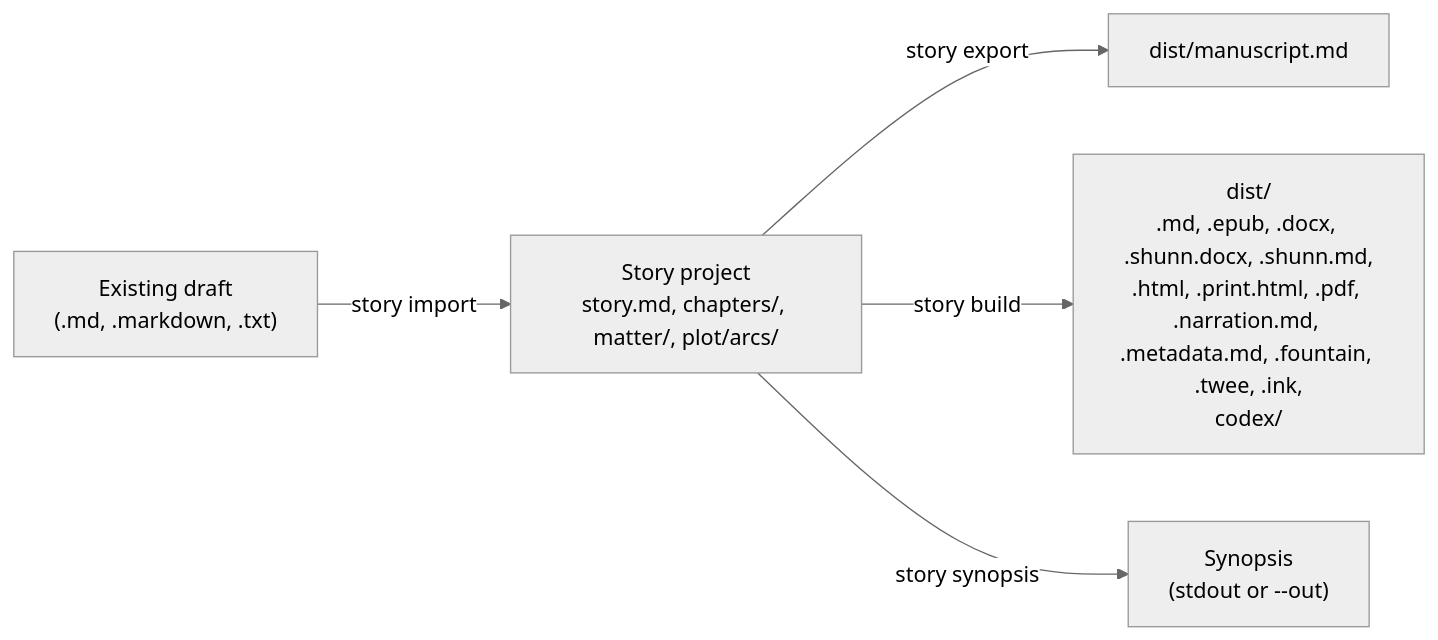
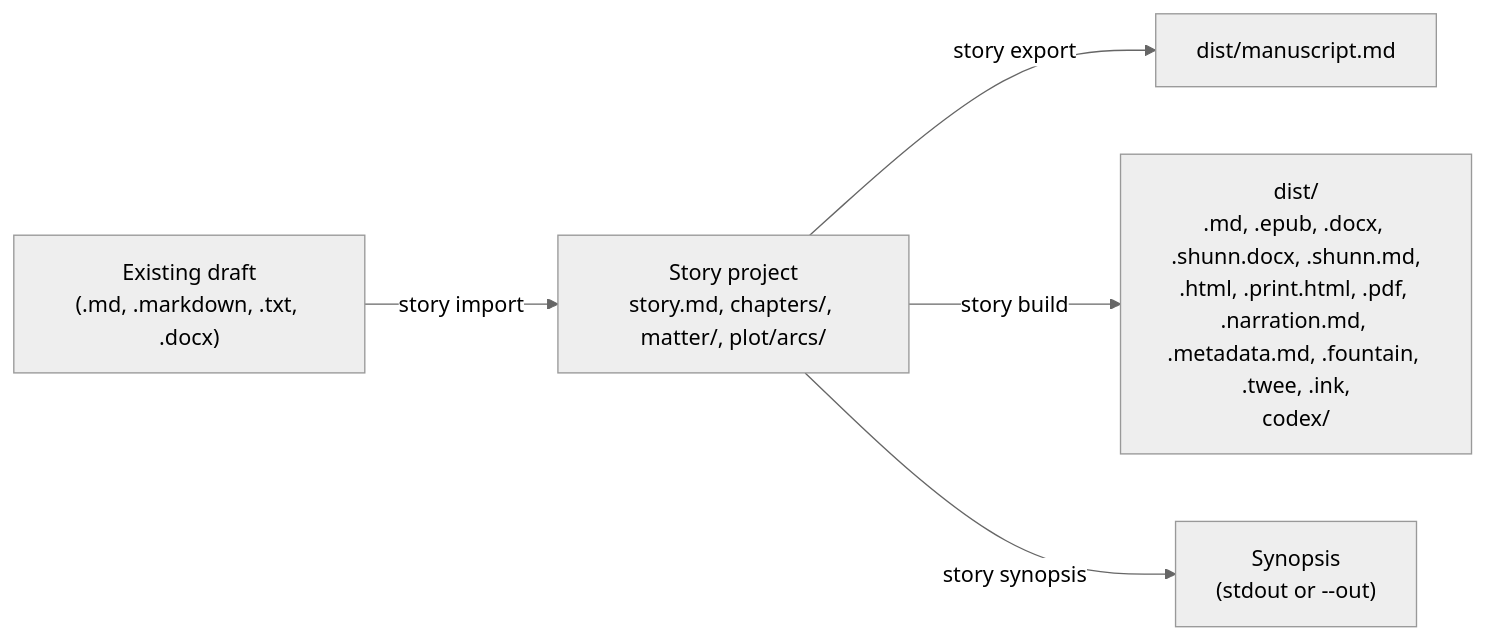
One commit to danjdewhurst/story-skills changed the diagram in docs/manuscripts.md. Above: the diagram before and after it, drawn with Mermaid (neutral theme). The commit also changed other lines of this file and 15 other files, not shown here.

First line of the commit message:
feat: import Word documents with story import

````diff
--- a/docs/manuscripts.md
+++ b/docs/manuscripts.md
@@ -29,7 +29,7 @@
 ```mermaid
 flowchart LR
-  draft["Existing draft<br/>(.md, .markdown, .txt)"] -->|story import| project["Story project<br/>story.md, chapters/, matter/, plot/arcs/"]
+  draft["Existing draft<br/>(.md, .markdown, .txt, .docx)"] -->|story import| project["Story project<br/>story.md, chapters/, matter/, plot/arcs/"]
   project -->|story export| manuscript["dist/manuscript.md"]
   project -->|story build| dist["dist/<br/>.md, .epub, .docx, .shunn.docx, .shunn.md,<br/>.html, .print.html, .pdf, .narration.md, .metadata.md, .fountain, .twee, .ink,<br/>codex/"]
   project -->|story synopsis| synopsis["Synopsis<br/>(stdout or --out)"]
 ```
````
